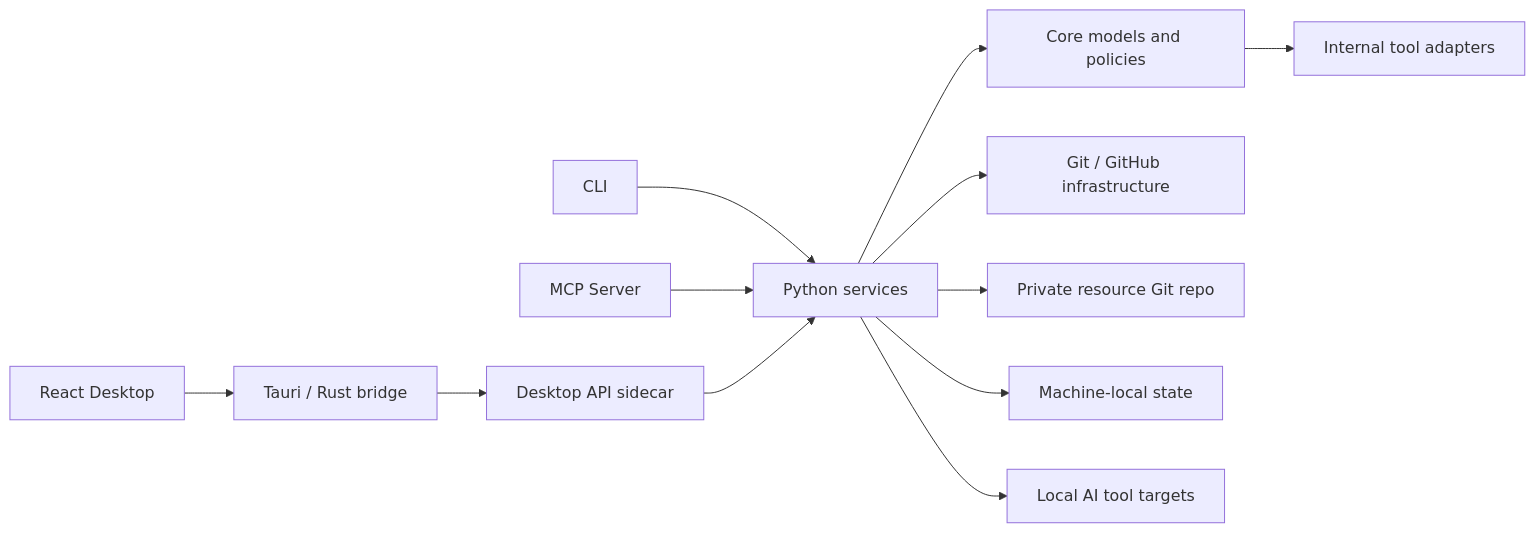
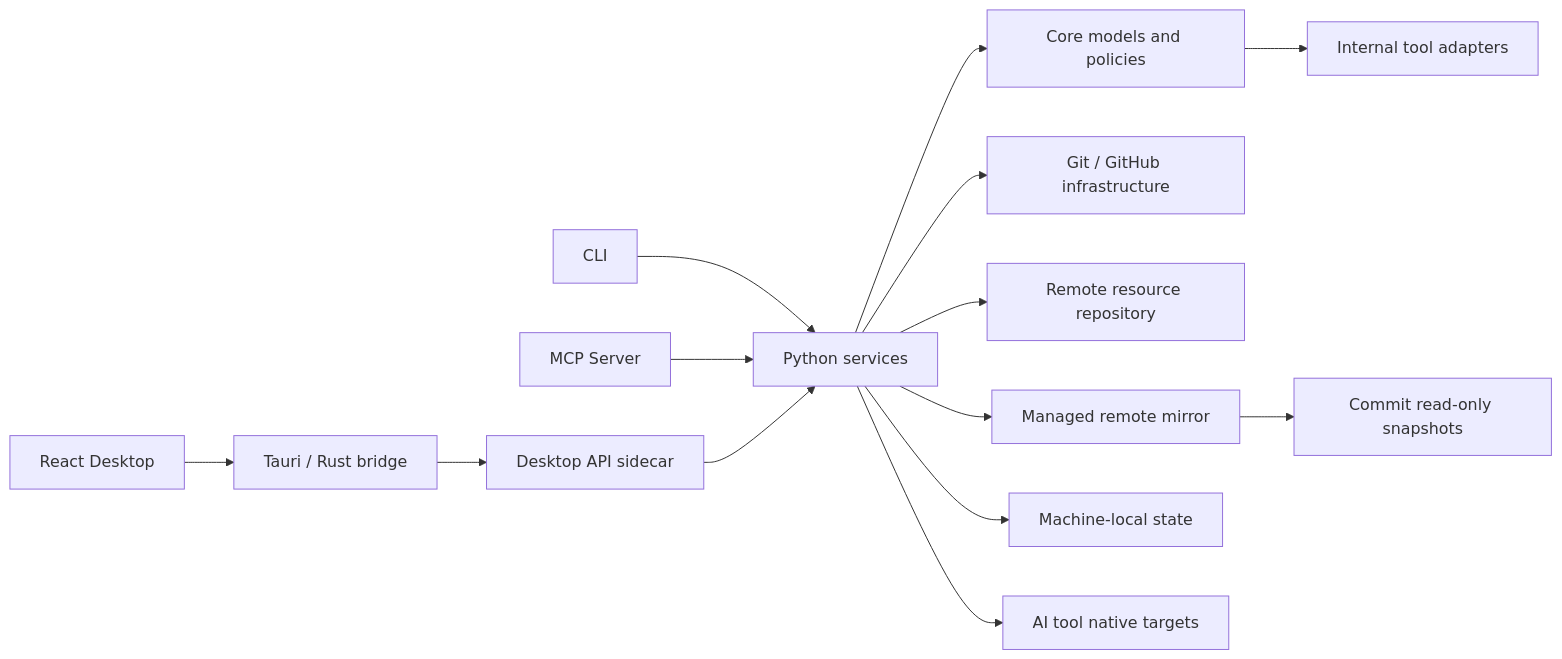
The first of 3 diagrams in docs/architecture.md (Ling-ye/cc-port), drawn with Mermaid before and after one commit. The commit also changed other lines of this file and 28 other files, not shown here.

````diff
--- a/docs/architecture.md
+++ b/docs/architecture.md
@@ -18,14 +18,16 @@
 ```mermaid
 flowchart LR
     UI["React Desktop"] --> TAURI["Tauri / Rust bridge"]
     TAURI --> API["Desktop API sidecar"]
     CLI["CLI"] --> SERVICES
     MCP["MCP Server"] --> SERVICES
     API --> SERVICES["Python services"]
     SERVICES --> CORE["Core models and policies"]
     SERVICES --> INFRA["Git / GitHub infrastructure"]
     CORE --> ADAPTERS["Internal tool adapters"]
-    SERVICES --> REPO["Private resource Git repo"]
+    SERVICES --> REMOTE["Remote resource repository"]
+    SERVICES --> MIRROR["Managed remote mirror"]
+    MIRROR --> SNAPSHOT["Commit read-only snapshots"]
     SERVICES --> STATE["Machine-local state"]
-    SERVICES --> TOOLS["Local AI tool targets"]
+    SERVICES --> TOOLS["AI tool native targets"]
 ```
````
